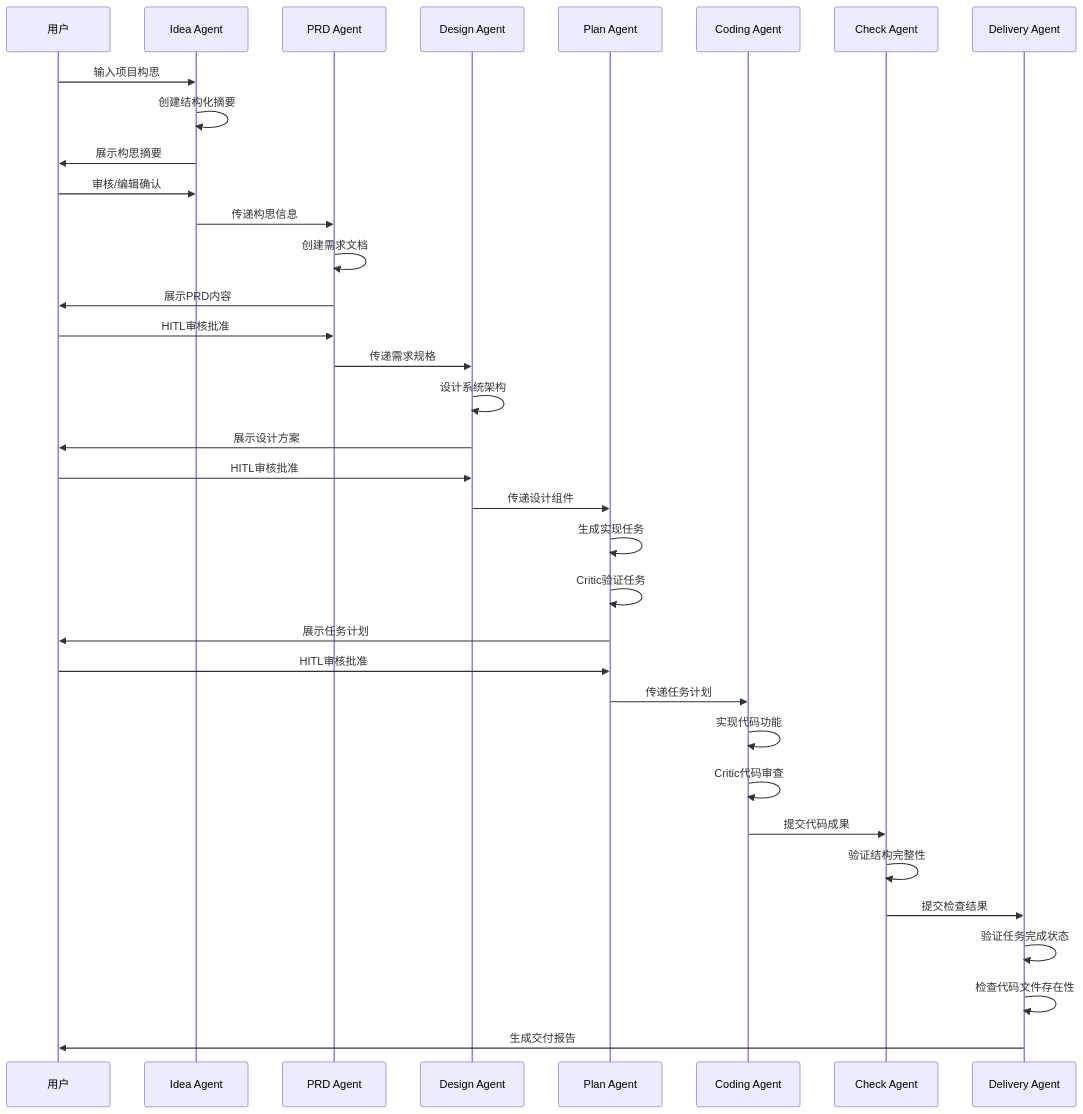
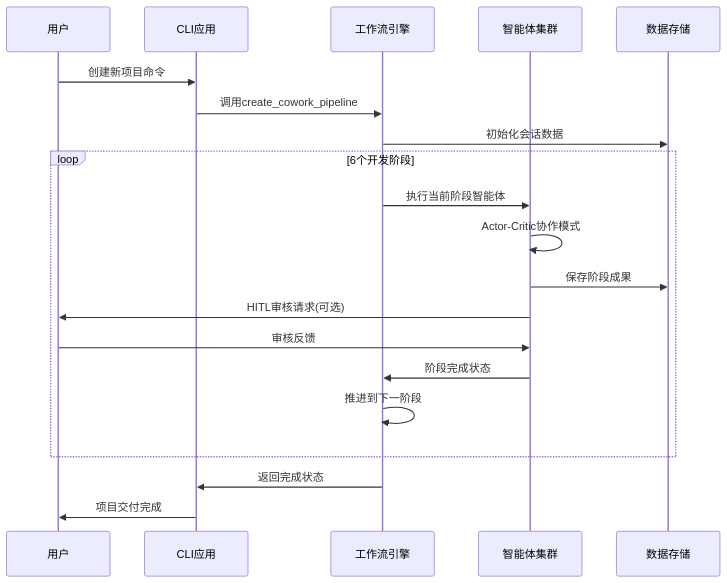
Before and after one commit to sopaco/cowork-forge: the second of 9 diagrams in litho.docs/zh/3、工作流程.md, drawn with Mermaid. The commit also changed other lines of this file and 26 other files, not shown here.

````diff
--- a/litho.docs/zh/3、工作流程.md
+++ b/litho.docs/zh/3、工作流程.md
@@ -57,44 +50,25 @@
 ```mermaid
 sequenceDiagram
     participant U as 用户
-    participant IA as Idea Agent
-    participant PA as PRD Agent
-    participant DA as Design Agent
-    participant PLA as Plan Agent
-    participant CA as Coding Agent
-    participant CHA as Check Agent
-    participant DEA as Delivery Agent
+    participant CLI as CLI应用
+    participant WF as 工作流引擎
+    participant Agents as 智能体集群
+    participant Storage as 数据存储
     
-    U->>IA: 输入项目构思
-    IA->>IA: 创建结构化摘要
-    IA->>U: 展示构思摘要
-    U->>IA: 审核/编辑确认
+    U->>CLI: 创建新项目命令
+    CLI->>WF: 调用create_cowork_pipeline
+    WF->>Storage: 初始化会话数据
     
-    IA->>PA: 传递构思信息
-    PA->>PA: 创建需求文档
-    PA->>U: 展示PRD内容
-    U->>PA: HITL审核批准
-    PA->>DA: 传递需求规格
+    loop 6个开发阶段
+        WF->>Agents: 执行当前阶段智能体
+        Agents->>Agents: Actor-Critic协作模式
+        Agents->>Storage: 保存阶段成果
+        Agents->>U: HITL审核请求(可选)
+        U->>Agents: 审核反馈
+        Agents->>WF: 阶段完成状态
+        WF->>WF: 推进到下一阶段
+    end
     
-    DA->>DA: 设计系统架构
-    DA->>U: 展示设计方案
-    U->>DA: HITL审核批准
-    DA->>PLA: 传递设计组件
-    
-    PLA->>PLA: 生成实现任务
-    PLA->>PLA: Critic验证任务
-    PLA->>U: 展示任务计划
-    U->>PLA: HITL审核批准
-    PLA->>CA: 传递任务计划
-    
-    CA->>CA: 实现代码功能
-    CA->>CA: Critic代码审查
-    CA->>CHA: 提交代码成果
-    
-    CHA->>CHA: 验证结构完整性
-    CHA->>DEA: 提交检查结果
-    
-    DEA->>DEA: 验证任务完成状态
-    DEA->>DEA: 检查代码文件存在性
-    DEA->>U: 生成交付报告
+    WF->>CLI: 返回完成状态
+    CLI->>U: 项目交付完成
 ```
````
